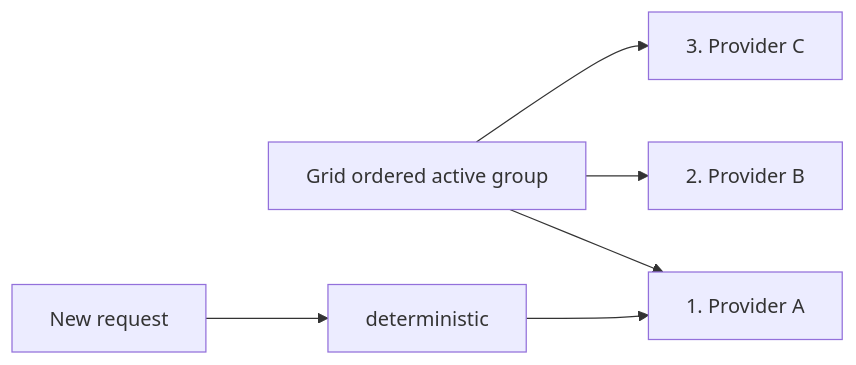
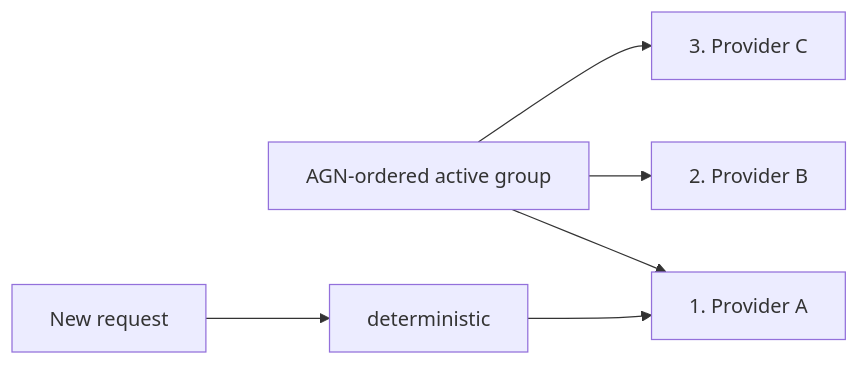
Before and after one commit to nerdalert/grid: the third of 11 diagrams in docs/routing.md, drawn with Mermaid. The commit also changed other lines of this file and 44 other files, not shown here.

````diff
--- a/docs/routing.md
+++ b/docs/routing.md
@@ -195,9 +195,9 @@
 ```mermaid
 flowchart LR
-    Grid["Grid ordered active group"]
-    Grid --> A["1. Provider A"]
-    Grid --> B["2. Provider B"]
-    Grid --> C["3. Provider C"]
+    Agn["AGN-ordered active group"]
+    Agn --> A["1. Provider A"]
+    Agn --> B["2. Provider B"]
+    Agn --> C["3. Provider C"]
     Request["New request"] --> Pick["deterministic"]
     Pick --> A
 ```
````
